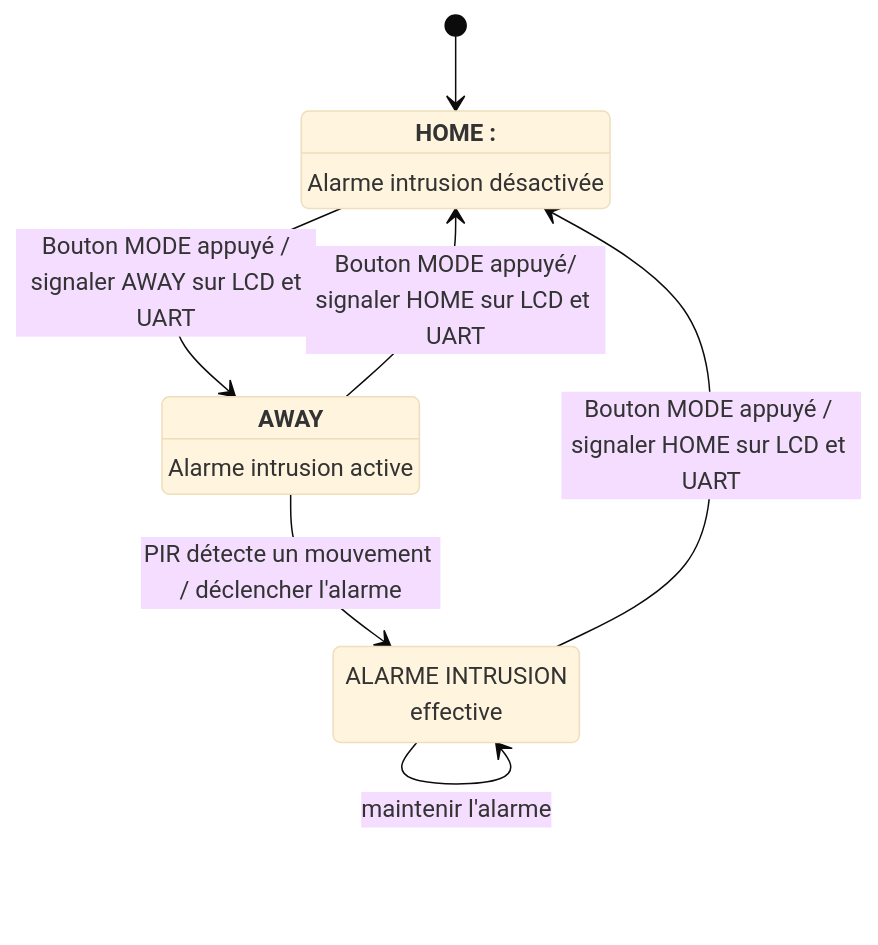
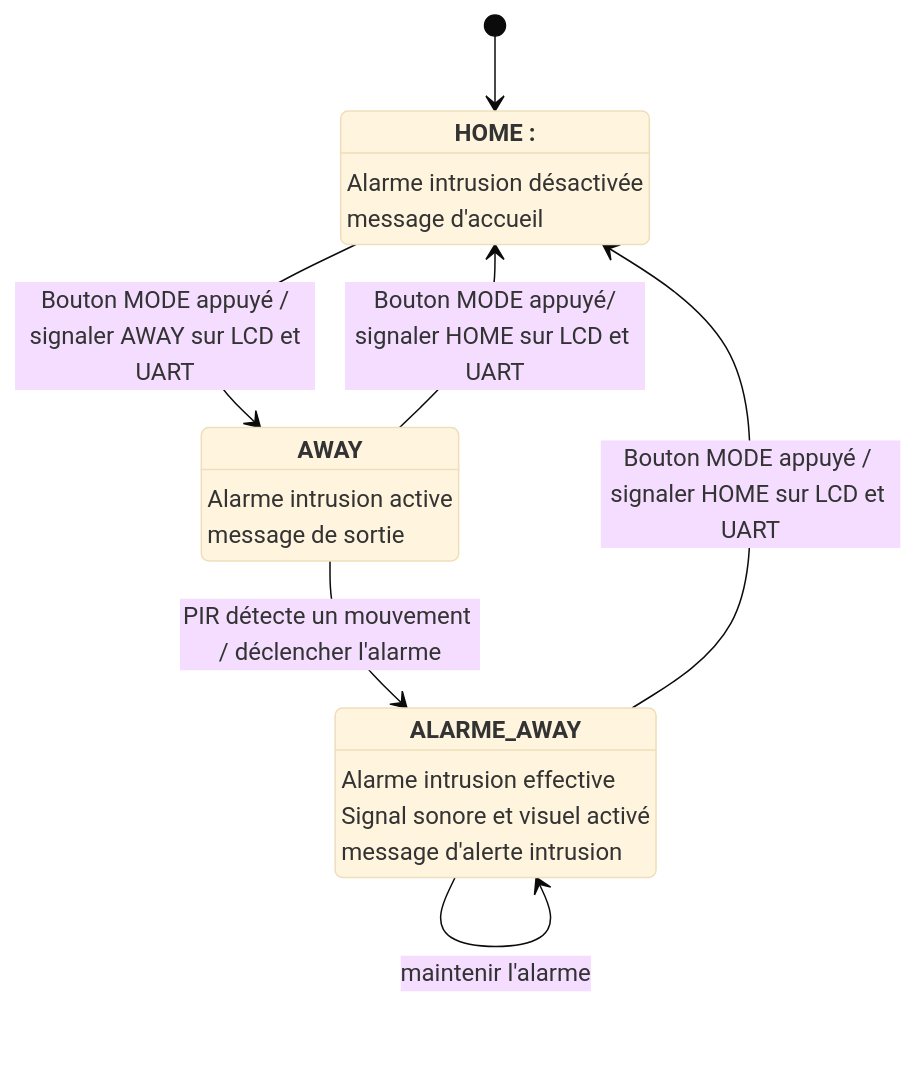
The second of 2 diagrams in architecture_numeriques_embarquees/STM32CubeIDE_v1.19.0/Rapport/Rapport.md (benoitdekeyn/E4SE_TD_TP), drawn with Mermaid (base theme) before and after one commit. The commit also changed other lines of this file and 3 other files, not shown here.

`````diff
--- a/architecture_numeriques_embarquees/STM32CubeIDE_v1.19.0/Rapport/Rapport.md
+++ b/architecture_numeriques_embarquees/STM32CubeIDE_v1.19.0/Rapport/Rapport.md
@@ -464,17 +542,18 @@
-````mermaid
+```mermaid
 stateDiagram
   direction TB
   [*] --> HOME
   HOME --> AWAY:Bouton MODE appuyé /<br> signaler AWAY sur LCD et UART
   AWAY --> HOME:Bouton MODE appuyé/<br>signaler HOME sur LCD et UART
-  AWAY --> ALARME:PIR détecte un mouvement / déclencher l'alarme
-  ALARME --> HOME:Bouton MODE appuyé / signaler HOME sur LCD et UART
-  ALARME --> ALARME:maintenir l'alarme
+  AWAY --> ALARME_AWAY:PIR détecte un mouvement / déclencher l'alarme
+  ALARME_AWAY --> HOME:Bouton MODE appuyé / signaler HOME sur LCD et UART
+  ALARME_AWAY --> ALARME_AWAY:maintenir l'alarme
   HOME:<b>HOME :</b>
-HOME:Alarme intrusion désactivée<br>
+HOME:Alarme intrusion désactivée<br>message d'accueil<br>
 
   AWAY:<b>AWAY</b>
-AWAY:Alarme intrusion active
+AWAY:Alarme intrusion active<br>message de sortie<br>
+ALARME_AWAY:<b>ALARME_AWAY<b>
+ALARME_AWAY:Alarme intrusion effective<br>Signal sonore et visuel activé<br>message d'alerte intrusion</b>
 
-  ALARME:ALARME INTRUSION<br>effective
-````
+```
`````
